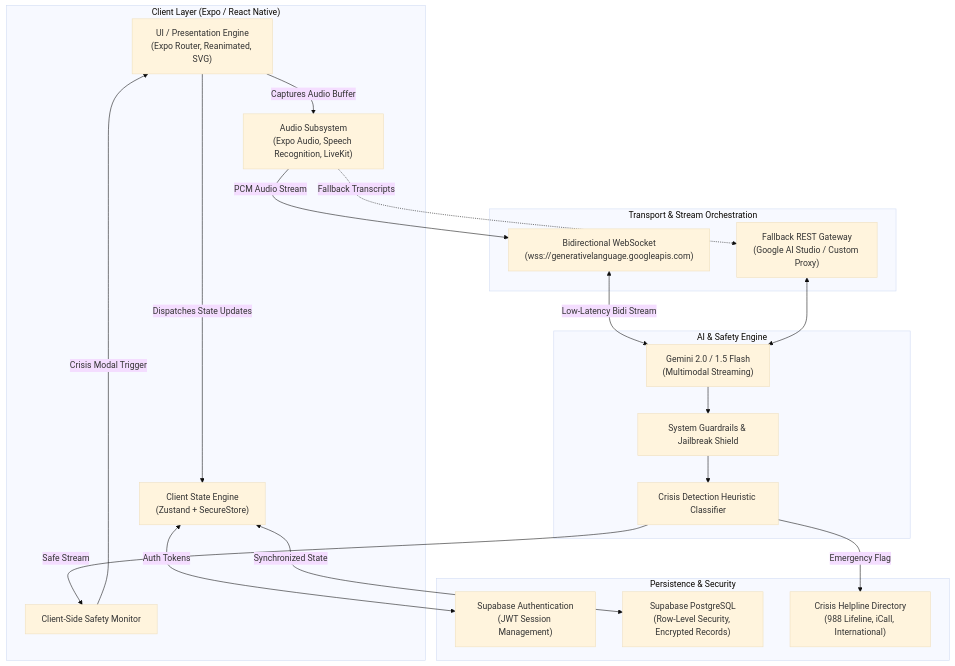
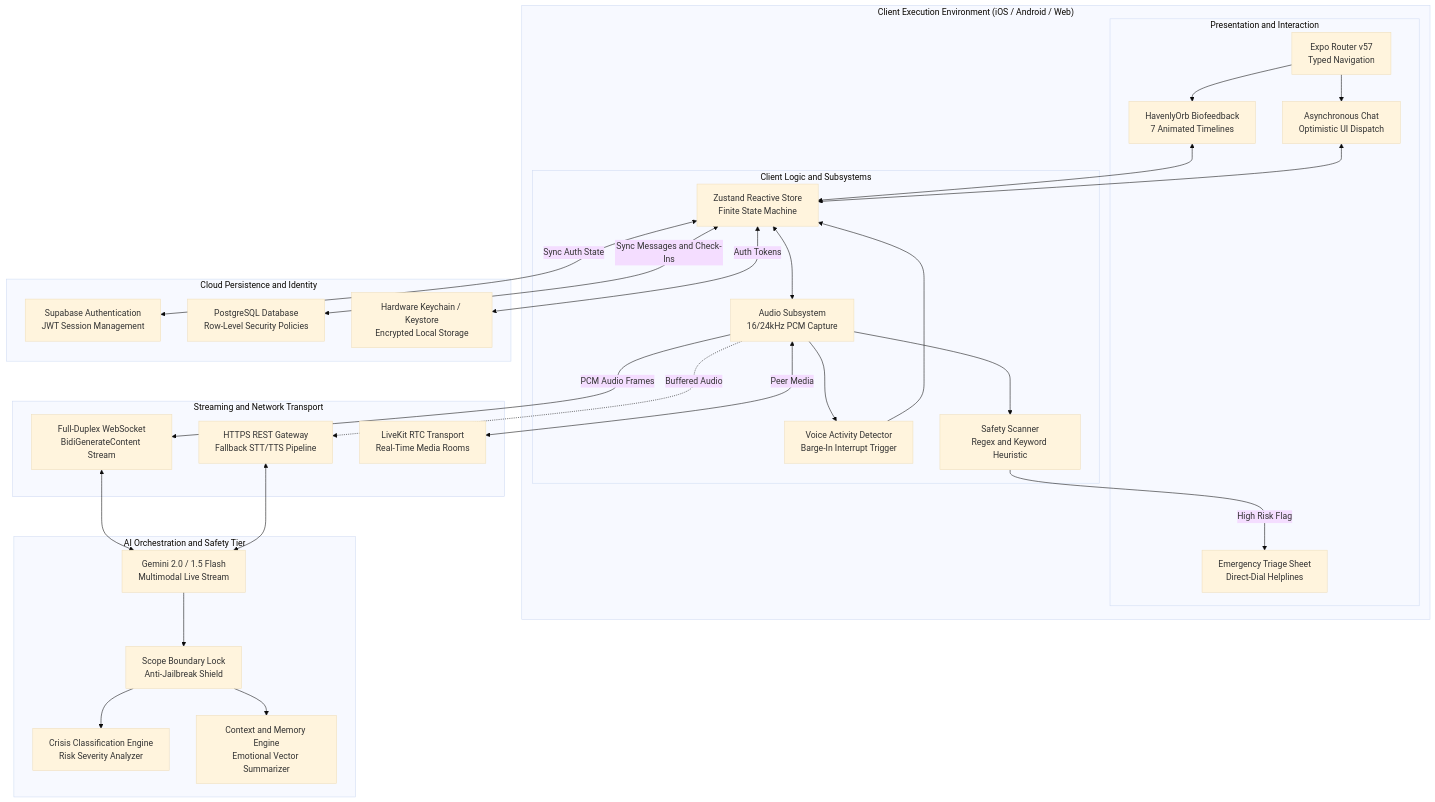
One commit to SrishantKumar/HavenlyAI changed the first of 10 diagrams in README.md. Above: the diagram before and after it, drawn with Mermaid (base theme). The commit also changed other lines of this file, not shown here.

Commit message:
docs: enrich system design and architecture specifications with modular engine deep-dives and mermaid diagrams

````diff
--- a/README.md
+++ b/README.md
@@ -81,45 +72,65 @@
 ```mermaid
 flowchart TD
-    subgraph Client ["Client Layer (Expo / React Native)"]
-        UI["UI / Presentation Engine\n(Expo Router, Reanimated, SVG)"]
-        Store["Client State Engine\n(Zustand + SecureStore)"]
-        AudioEngine["Audio Subsystem\n(Expo Audio, Speech Recognition, LiveKit)"]
-        SafetyClient["Client-Side Safety Monitor"]
+    subgraph ClientLayer ["Client Execution Environment (iOS / Android / Web)"]
+        subgraph UIModule ["Presentation and Interaction"]
+            Router["Expo Router v57\nTyped Navigation"]
+            OrbView["HavenlyOrb Biofeedback\n7 Animated Timelines"]
+            ChatView["Asynchronous Chat\nOptimistic UI Dispatch"]
+            CrisisModal["Emergency Triage Sheet\nDirect-Dial Helplines"]
+        end
+
+        subgraph CoreEngine ["Client Logic and Subsystems"]
+            Store["Zustand Reactive Store\nFinite State Machine"]
+            AudioIO["Audio Subsystem\n16/24kHz PCM Capture"]
+            LocalVAD["Voice Activity Detector\nBarge-In Interrupt Trigger"]
+            ClientSafety["Safety Scanner\nRegex and Keyword Heuristic"]
+        end
     end
 
-    subgraph Transport ["Transport & Stream Orchestration"]
-        WS["Bidirectional WebSocket\n(wss://generativelanguage.googleapis.com)"]
-        REST["Fallback REST Gateway\n(Google AI Studio / Custom Proxy)"]
+    subgraph TransportLayer ["Streaming and Network Transport"]
+        LiveWS["Full-Duplex WebSocket\nBidiGenerateContent Stream"]
+        RESTFallback["HTTPS REST Gateway\nFallback STT/TTS Pipeline"]
+        WebRTC["LiveKit RTC Transport\nReal-Time Media Rooms"]
     end
 
-    subgraph Intelligence ["AI & Safety Engine"]
-        LLM["Gemini 2.0 / 1.5 Flash\n(Multimodal Streaming)"]
-        Guard["System Guardrails & Jailbreak Shield"]
-        Classifier["Crisis Detection Heuristic Classifier"]
+    subgraph IntelligenceLayer ["AI Orchestration and Safety Tier"]
+        GeminiLive["Gemini 2.0 / 1.5 Flash\nMultimodal Live Stream"]
+        PromptLock["Scope Boundary Lock\nAnti-Jailbreak Shield"]
+        SafetyEngine["Crisis Classification Engine\nRisk Severity Analyzer"]
+        MemoryEngine["Context and Memory Engine\nEmotional Vector Summarizer"]
     end
 
-    subgraph Data ["Persistence & Security"]
-        Auth["Supabase Authentication\n(JWT Session Management)"]
-        DB["Supabase PostgreSQL\n(Row-Level Security, Encrypted Records)"]
-        Hotlines["Crisis Helpline Directory\n(988 Lifeline, iCall, International)"]
+    subgraph DataLayer ["Cloud Persistence and Identity"]
+        SupaAuth["Supabase Authentication\nJWT Session Management"]
+        SupaDB["PostgreSQL Database\nRow-Level Security Policies"]
+        SecureStore["Hardware Keychain / Keystore\nEncrypted Local Storage"]
     end
 
-    %% Client dataflow
-    UI -->|Dispatches State Updates| Store
-    UI -->|Captures Audio Buffer| AudioEngine
-    AudioEngine -->|PCM Audio Stream| WS
-    AudioEngine -.->|Fallback Transcripts| REST
+    %% Client Internal Flow
+    Router --> OrbView
+    Router --> ChatView
+    OrbView <--> Store
+    ChatView <--> Store
+    Store <--> AudioIO
+    AudioIO --> LocalVAD
+    LocalVAD --> Store
+    AudioIO --> ClientSafety
+    ClientSafety -->|High Risk Flag| CrisisModal
+
+    %% Network Connections
+    AudioIO -->|PCM Audio Frames| LiveWS
+    AudioIO -.->|Buffered Audio| RESTFallback
+    AudioIO <-->|Peer Media| WebRTC
+    Store <-->|Auth Tokens| SecureStore
 
     %% AI Pipeline
-    WS <-->|Low-Latency Bidi Stream| LLM
-    REST <--> LLM
-    LLM --> Guard
-    Guard --> Classifier
-    Classifier -->|Safe Stream| SafetyClient
-    Classifier -->|Emergency Flag| Hotlines
+    LiveWS <--> GeminiLive
+    RESTFallback <--> GeminiLive
+    GeminiLive --> PromptLock
+    PromptLock --> SafetyEngine
+    PromptLock --> MemoryEngine
 
-    %% Persistence
-    Store <-->|Auth Tokens| Auth
-    Store <-->|Synchronized State| DB
-    SafetyClient -->|Crisis Modal Trigger| UI
+    %% Cloud Storage Connections
+    Store <-->|Sync Auth State| SupaAuth
+    Store <-->|Sync Messages and Check-Ins| SupaDB
 ```
````
